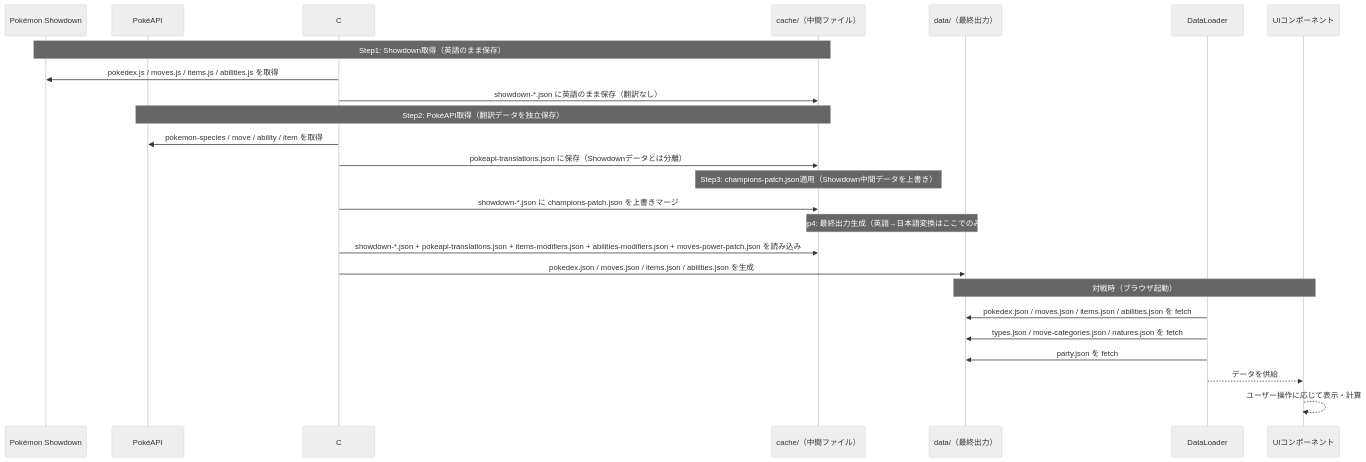
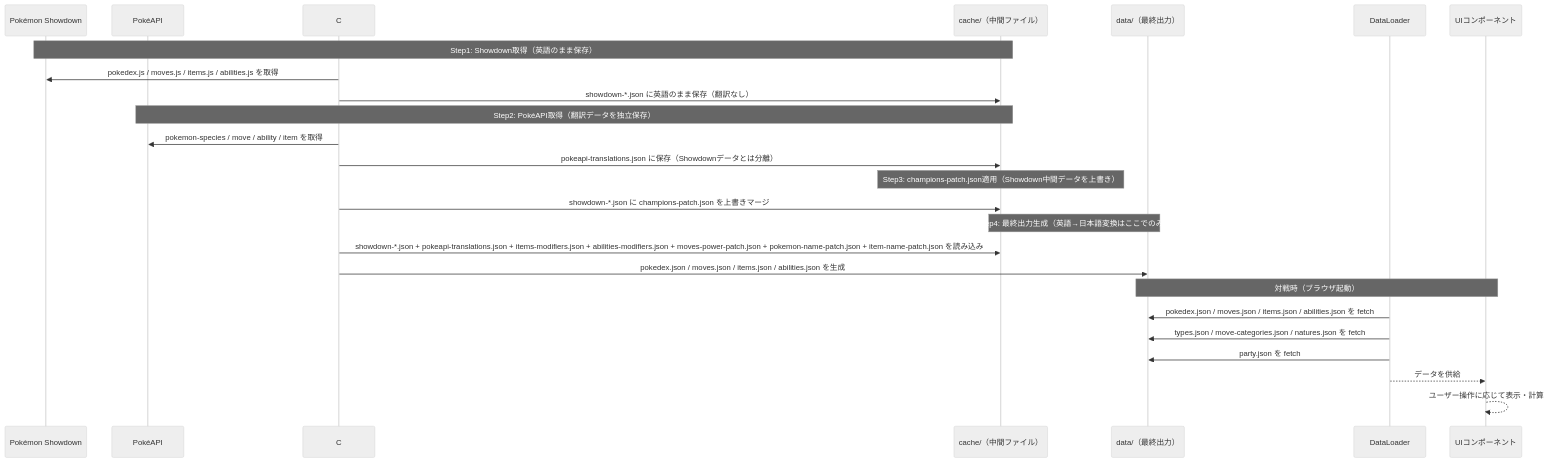
The diagram in docs/architecture.md (7mgxk5856x-alt/pokelens), drawn with Mermaid (neutral theme) before and after one commit. The commit also changed other lines of this file and 15 other files, not shown here.

Commit message:
fix(tools): フォルム別日本語名解決と name-patch 機構を追加

````diff
--- a/docs/architecture.md
+++ b/docs/architecture.md
@@ -136,32 +141,32 @@
 ```mermaid
 sequenceDiagram
     participant SD as Pokémon Showdown
     participant PA as PokéAPI
     participant CS as C# ツール
     participant CA as cache/（中間ファイル）
     participant FS as data/（最終出力）
     participant DL as DataLoader
     participant UI as UIコンポーネント
 
     Note over SD,CA: Step1: Showdown取得（英語のまま保存）
     CS->>SD: pokedex.js / moves.js / items.js / abilities.js を取得
     CS->>CA: showdown-*.json に英語のまま保存（翻訳なし）
 
     Note over PA,CA: Step2: PokéAPI取得（翻訳データを独立保存）
     CS->>PA: pokemon-species / move / ability / item を取得
     CS->>CA: pokeapi-translations.json に保存（Showdownデータとは分離）
 
     Note over CA,CA: Step3: champions-patch.json適用（Showdown中間データを上書き）
     CS->>CA: showdown-*.json に champions-patch.json を上書きマージ
 
     Note over CA,FS: Step4: 最終出力生成（英語→日本語変換はここでのみ）
-    CS->>CA: showdown-*.json + pokeapi-translations.json + items-modifiers.json + abilities-modifiers.json + moves-power-patch.json を読み込み
+    CS->>CA: showdown-*.json + pokeapi-translations.json + items-modifiers.json + abilities-modifiers.json + moves-power-patch.json + pokemon-name-patch.json + item-name-patch.json を読み込み
     CS->>FS: pokedex.json / moves.json / items.json / abilities.json を生成
 
     Note over FS,UI: 対戦時（ブラウザ起動）
     DL->>FS: pokedex.json / moves.json / items.json / abilities.json を fetch
     DL->>FS: types.json / move-categories.json / natures.json を fetch
     DL->>FS: party.json を fetch
     DL-->>UI: データを供給
     UI-->>UI: ユーザー操作に応じて表示・計算
 ```
````
